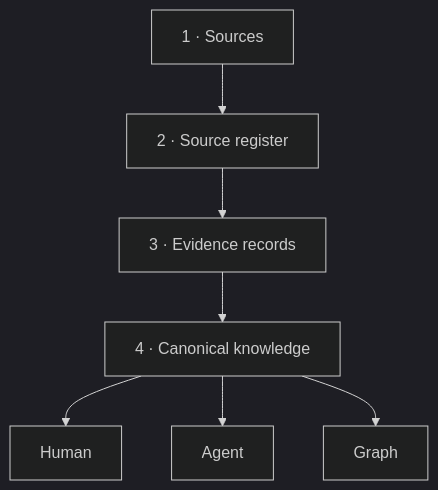
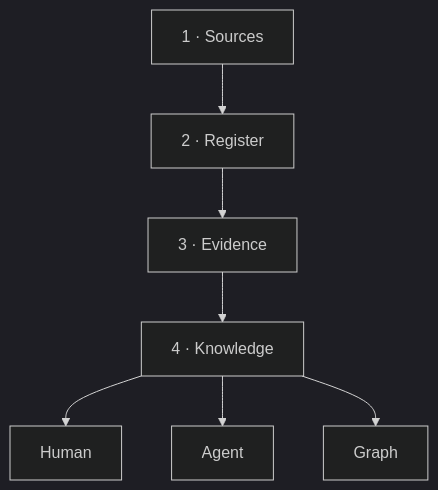
Before and after one commit to denchco/knowledge-base-wiki-standard: the diagram in docs/architecture.md, drawn with Mermaid (dark theme). The commit also changed 5 other files, not shown here.

Commit message:
Keep Mermaid mobile fit stable across CI renderers

````diff
--- a/docs/architecture.md
+++ b/docs/architecture.md
@@ -30,17 +30,17 @@
 ```mermaid
 flowchart TB
   accTitle: Knowledge authority and derived surfaces
   accDescr: Sources are registered, assessed as evidence, and maintained as canonical knowledge, which directly serves separate Human, Agent, and Graph surfaces that cannot create evidence.
 
   S["1 · Sources"]
-  R["2 · Source register"]
-  E["3 · Evidence records"]
-  C["4 · Canonical knowledge"]
+  R["2 · Register"]
+  E["3 · Evidence"]
+  C["4 · Knowledge"]
   H["Human"]
   A["Agent"]
   G["Graph"]
   S --> R --> E --> C
   C --> H
   C --> A
   C --> G
 ```
````
